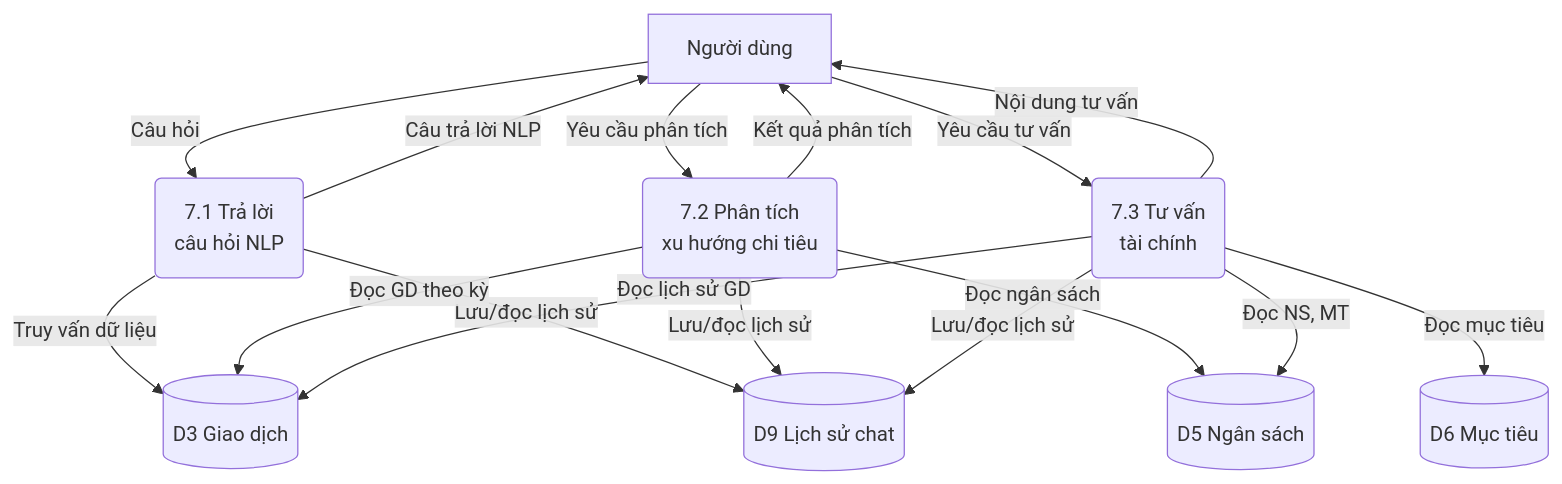
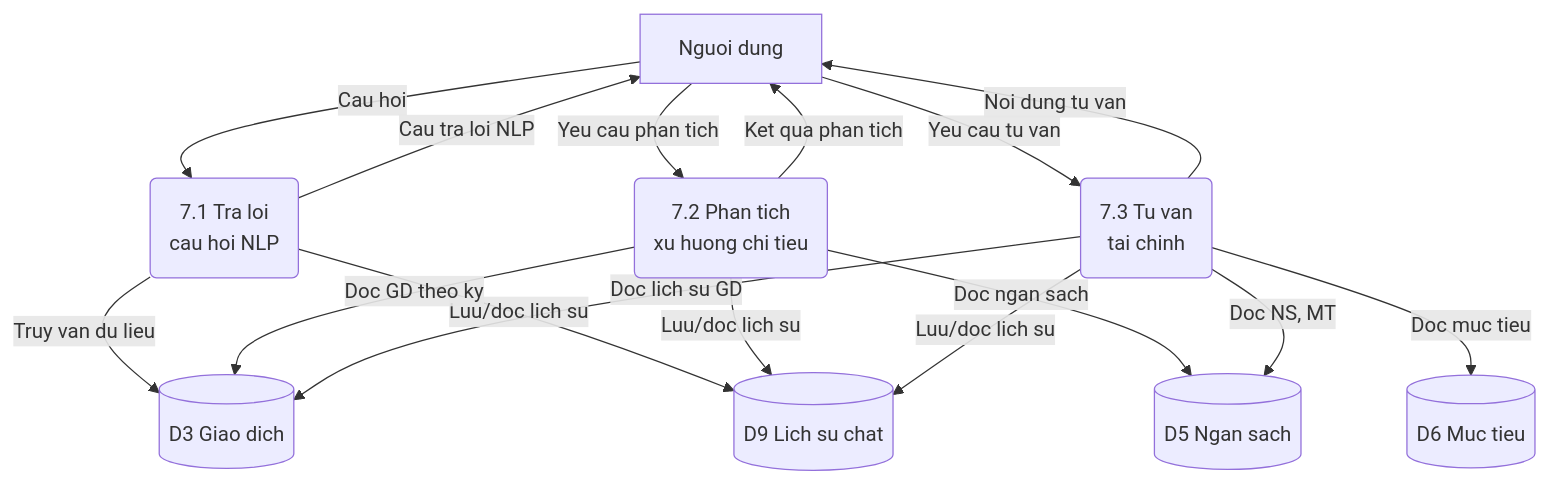
The ninth of 10 diagrams in DFD_Diagrams.md (Hieu-vn/Graduation-Thesis), drawn with Mermaid before and after one commit. The commit also changed other lines of this file, not shown here.

Commit message:
docs: Update DFD diagrams.

````diff
--- a/DFD_Diagrams.md
+++ b/DFD_Diagrams.md
@@ -469,30 +469,30 @@
 ```mermaid
 flowchart TB
-    ND["Người dùng"]
-    D3[("D3 Giao dịch")]
-    D5[("D5 Ngân sách")]
-    D6[("D6 Mục tiêu")]
-    D9[("D9 Lịch sử chat")]
+    ND["Nguoi dung"]
+    D3[("D3 Giao dich")]
+    D5[("D5 Ngan sach")]
+    D6[("D6 Muc tieu")]
+    D9[("D9 Lich su chat")]
 
-    P71("7.1 Trả lời\ncâu hỏi NLP")
-    P72("7.2 Phân tích\nxu hướng chi tiêu")
-    P73("7.3 Tư vấn\ntài chính")
+    P71("7.1 Tra loi\ncau hoi NLP")
+    P72("7.2 Phan tich\nxu huong chi tieu")
+    P73("7.3 Tu van\ntai chinh")
 
-    ND -->|"Câu hỏi"| P71
-    P71 -->|"Truy vấn dữ liệu"| D3
-    P71 -->|"Lưu/đọc lịch sử"| D9
-    P71 -->|"Câu trả lời NLP"| ND
+    ND -->|"Cau hoi"| P71
+    P71 -->|"Truy van du lieu"| D3
+    P71 -->|"Luu/doc lich su"| D9
+    P71 -->|"Cau tra loi NLP"| ND
 
-    ND -->|"Yêu cầu phân tích"| P72
-    P72 -->|"Đọc GD theo kỳ"| D3
-    P72 -->|"Đọc ngân sách"| D5
-    P72 -->|"Lưu/đọc lịch sử"| D9
-    P72 -->|"Kết quả phân tích"| ND
+    ND -->|"Yeu cau phan tich"| P72
+    P72 -->|"Doc GD theo ky"| D3
+    P72 -->|"Doc ngan sach"| D5
+    P72 -->|"Luu/doc lich su"| D9
+    P72 -->|"Ket qua phan tich"| ND
 
-    ND -->|"Yêu cầu tư vấn"| P73
-    P73 -->|"Đọc lịch sử GD"| D3
-    P73 -->|"Đọc NS, MT"| D5
-    P73 -->|"Đọc mục tiêu"| D6
-    P73 -->|"Lưu/đọc lịch sử"| D9
-    P73 -->|"Nội dung tư vấn"| ND
+    ND -->|"Yeu cau tu van"| P73
+    P73 -->|"Doc lich su GD"| D3
+    P73 -->|"Doc NS, MT"| D5
+    P73 -->|"Doc muc tieu"| D6
+    P73 -->|"Luu/doc lich su"| D9
+    P73 -->|"Noi dung tu van"| ND
 ```
````
